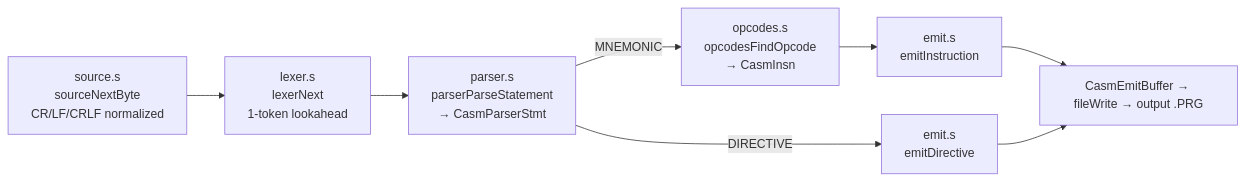
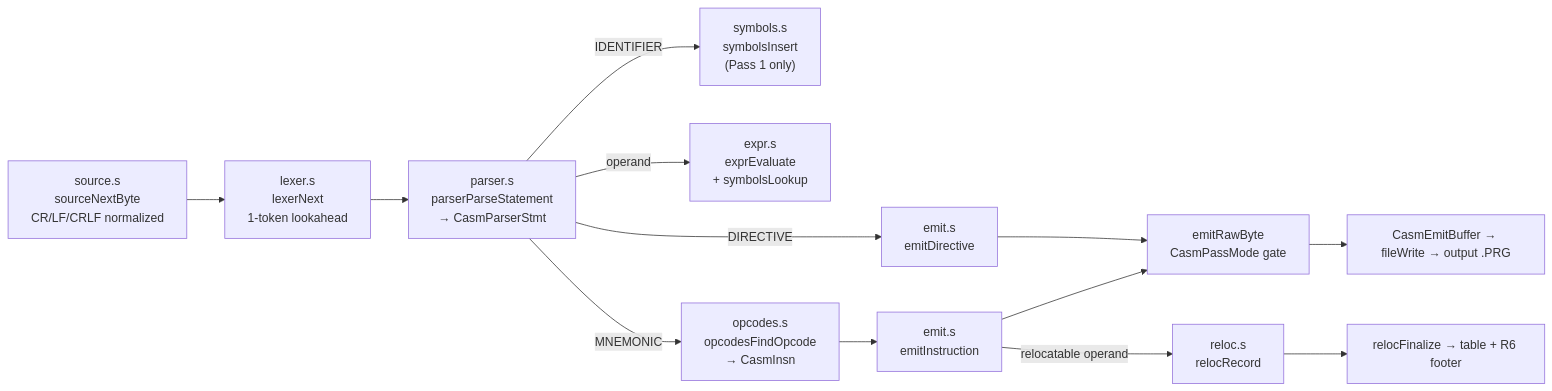
One commit to corra/command64-os changed the second of 2 diagrams in wiki/casm-programmers-reference.md. Above: the diagram before and after it, drawn with Mermaid. The commit also changed other lines of this file, not shown here.

````diff
--- a/wiki/casm-programmers-reference.md
+++ b/wiki/casm-programmers-reference.md
@@ -52,10 +62,15 @@
 ```mermaid
 flowchart LR
     src["source.s<br/>sourceNextByte<br/>CR/LF/CRLF normalized"] --> lex["lexer.s<br/>lexerNext<br/>1-token lookahead"]
     lex --> par["parser.s<br/>parserParseStatement<br/>→ CasmParserStmt"]
+    par -->|IDENTIFIER| sym["symbols.s<br/>symbolsInsert<br/>(Pass 1 only)"]
+    par -->|operand| ev["expr.s<br/>exprEvaluate<br/>+ symbolsLookup"]
     par -->|MNEMONIC| ops["opcodes.s<br/>opcodesFindOpcode<br/>→ CasmInsn"]
     par -->|DIRECTIVE| emitd["emit.s<br/>emitDirective"]
     ops --> emiti["emit.s<br/>emitInstruction"]
-    emiti --> out["CasmEmitBuffer → fileWrite → output .PRG"]
-    emitd --> out
+    emiti --> gate["emitRawByte<br/>CasmPassMode gate"]
+    emitd --> gate
+    emiti -->|relocatable operand| rel["reloc.s<br/>relocRecord"]
+    gate --> out["CasmEmitBuffer → fileWrite → output .PRG"]
+    rel --> foot["relocFinalize → table + R6 footer"]
 ```
````
